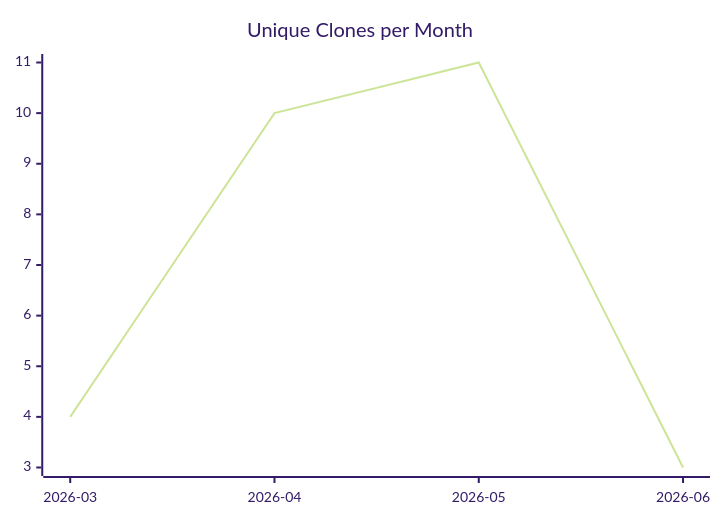
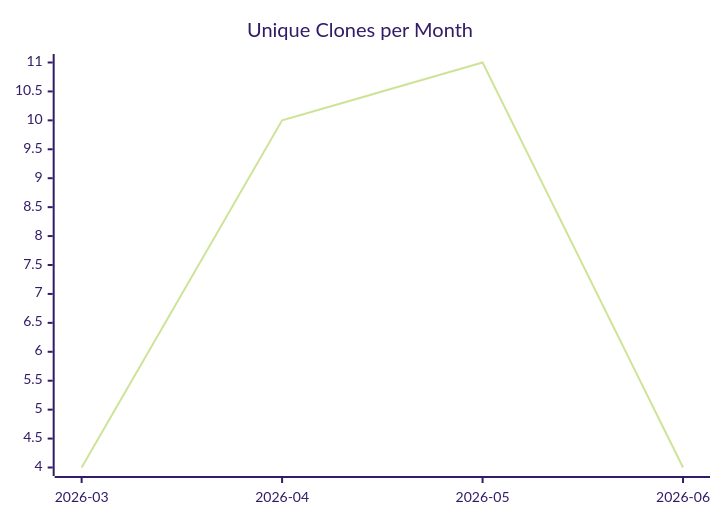
One commit to justdavis-family/github-analytics-data changed the third of 3 diagrams in karlmdavis/workstation-base-ansible-role/README.md. Above: the diagram before and after it, drawn with Mermaid (forest theme). The commit also changed other lines of this file and 195 other files, not shown here.

````diff
--- a/karlmdavis/workstation-base-ansible-role/README.md
+++ b/karlmdavis/workstation-base-ansible-role/README.md
@@ -19,6 +19,6 @@
 ```mermaid
 xychart-beta
   title "Unique Clones per Month"
   x-axis ["2026-03", "2026-04", "2026-05", "2026-06"]
-  line [4, 10, 11, 3]
+  line [4, 10, 11, 4]
 ```
````
